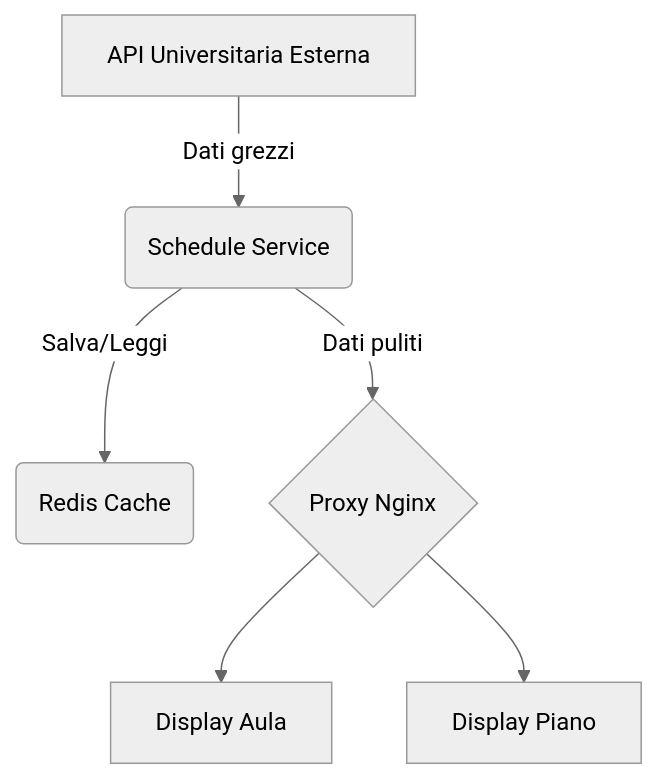
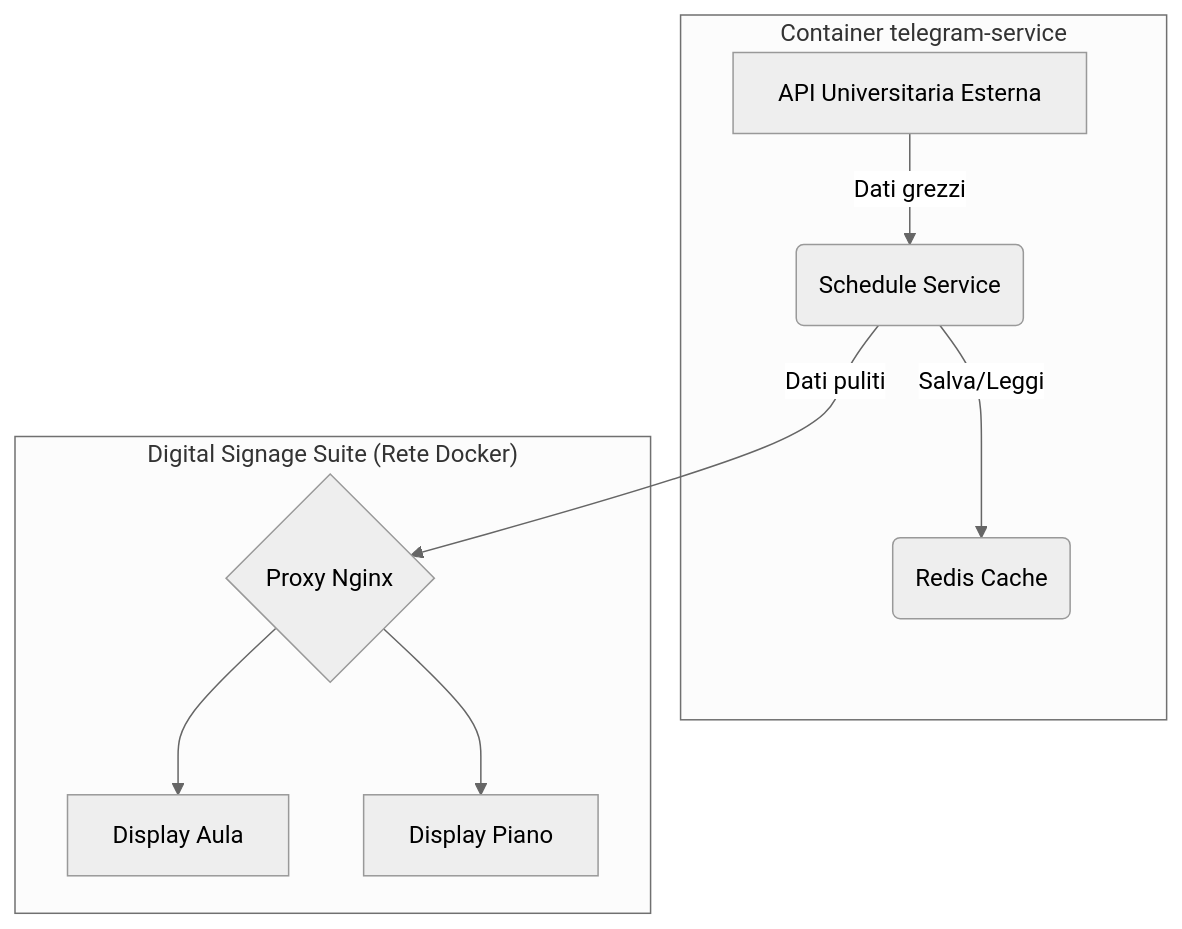
The diagram in README.md (Mantineo-Massimo/schedule-service), drawn with Mermaid (neutral theme) before and after one commit.

Commit message:
feat: Update architecture diagram to include containerization details for clarity

````diff
--- a/README.md
+++ b/README.md
@@ -50,8 +50,14 @@
 ```mermaid
 graph TD
-    A[API Universitaria Esterna] -->|Dati grezzi| B(Schedule Service);
-    B -->|Salva/Leggi| C(Redis Cache);
-    B -->|Dati puliti| D{Proxy Nginx};
-    D --> E[Display Aula];
-    D --> F[Display Piano];
+
+    subgraph Container telegram-service
+      A[API Universitaria Esterna] -->|Dati grezzi| B(Schedule Service);
+      B -->|Salva/Leggi| C(Redis Cache);
+    end 
+
+    subgraph "Digital Signage Suite (Rete Docker)"
+      B -->|Dati puliti| D{Proxy Nginx};
+      D --> E[Display Aula];
+      D --> F[Display Piano];
+    end
 ```
````
